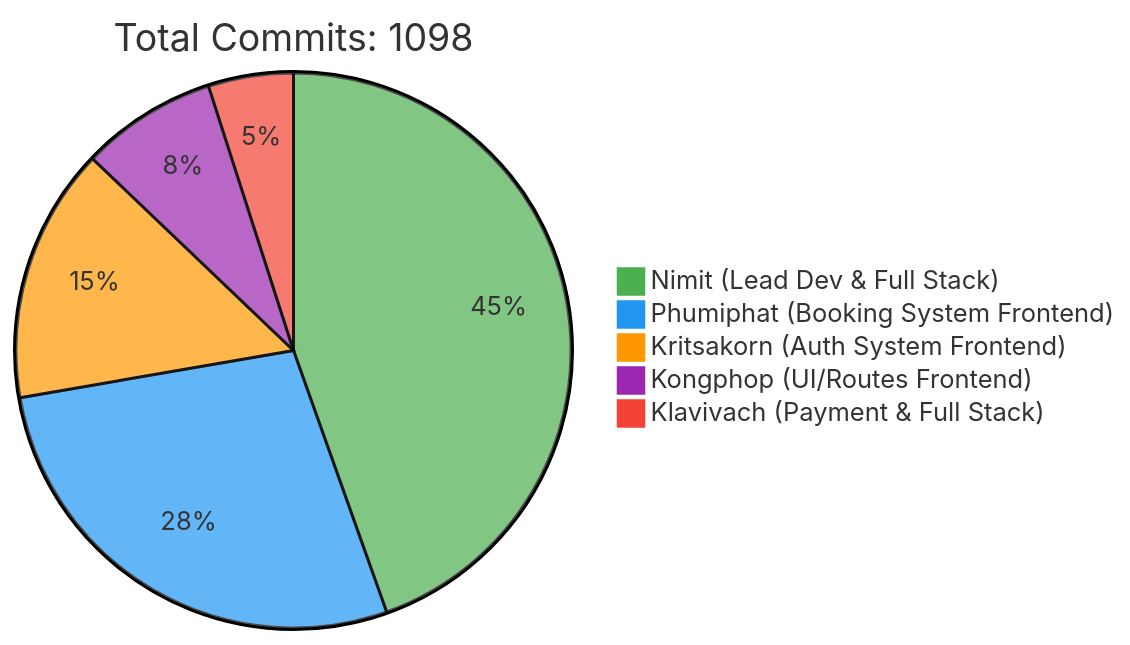
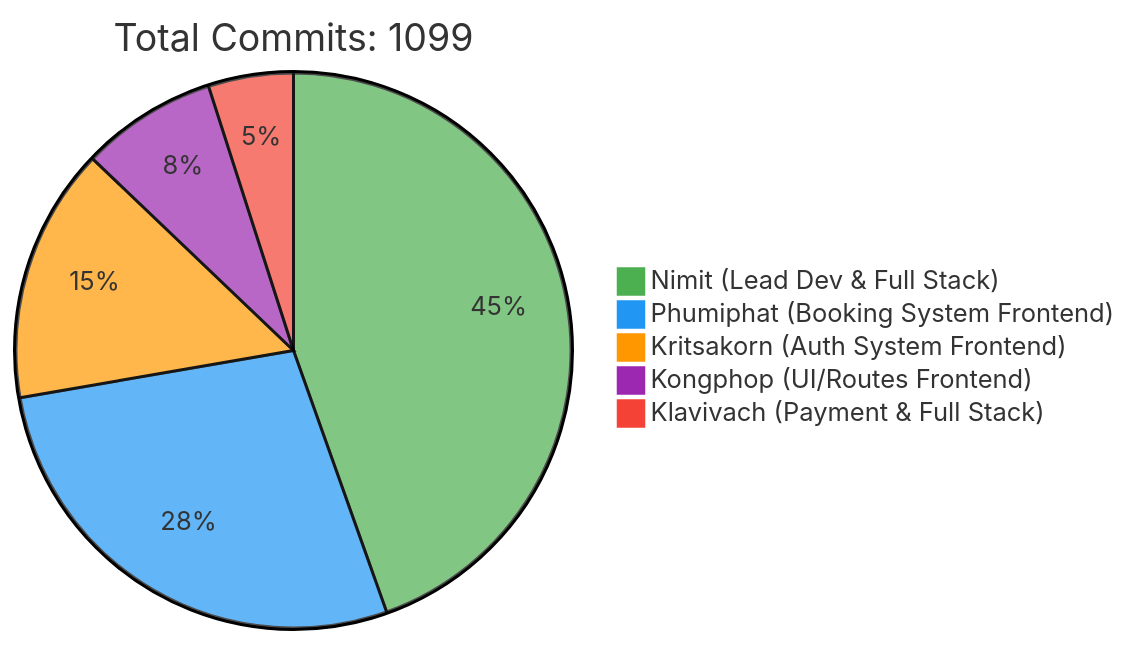
One commit to 6531503042/Sport-Complex changed the first of 2 diagrams in README.md. Above: the diagram before and after it, drawn with Mermaid. The commit also changed other lines of this file, not shown here.

Commit message:
docs: Update contributor statistics [skip ci]

````diff
--- a/README.md
+++ b/README.md
@@ -257,10 +257,10 @@
 ```mermaid
 %%{init: {'theme': 'base', 'themeVariables': { 'pie1': '#4CAF50', 'pie2': '#2196F3', 'pie3': '#FF9800', 'pie4': '#9C27B0', 'pie5': '#F44336'}}}%%
 pie
-    title Total Commits: 1098
+    title Total Commits: 1099
     "Nimit (Lead Dev & Full Stack)" : 450
     "Phumiphat (Booking System Frontend)" : 280
     "Kritsakorn (Auth System Frontend)" : 150
     "Kongphop (UI/Routes Frontend)" : 80
     "Klavivach (Payment & Full Stack)" : 50
 ```
````
